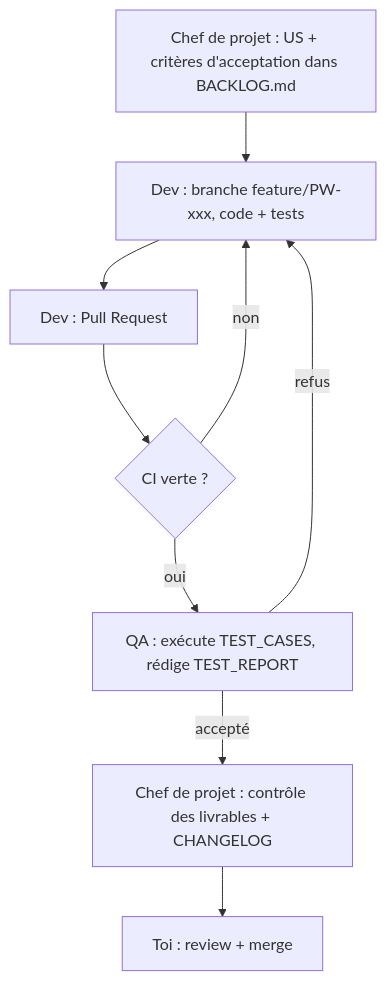
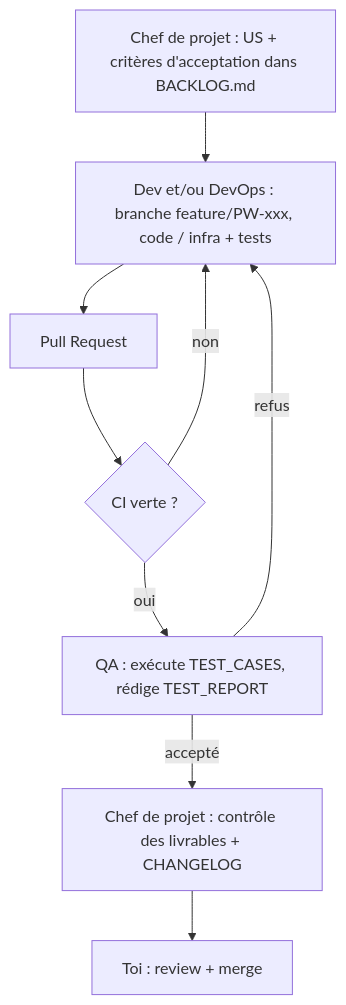
One commit to sleepy-clemzer/PodWatch changed the diagram in docs/PROJECT_PLAN.md. Above: the diagram before and after it, drawn with Mermaid. The commit also changed other lines of this file and 11 other files, not shown here.

First line of the commit message:
docs: onboarding guide, four Claude Code sub-agents (incl. DevOps), bootstrap workflow

````diff
--- a/docs/PROJECT_PLAN.md
+++ b/docs/PROJECT_PLAN.md
@@ -63,11 +58,11 @@
 ```mermaid
 flowchart TD
   PM1[Chef de projet : US + critères d'acceptation dans BACKLOG.md] --> DEV1
-  DEV1[Dev : branche feature/PW-xxx, code + tests] --> PR[Dev : Pull Request]
+  DEV1[Dev et/ou DevOps : branche feature/PW-xxx, code / infra + tests] --> PR[Pull Request]
   PR --> CI{CI verte ?}
   CI -- non --> DEV1
   CI -- oui --> QA1[QA : exécute TEST_CASES, rédige TEST_REPORT]
   QA1 -- refus --> DEV1
   QA1 -- accepté --> PM2[Chef de projet : contrôle des livrables + CHANGELOG]
   PM2 --> HUMAN[Toi : review + merge]
 ```
````
